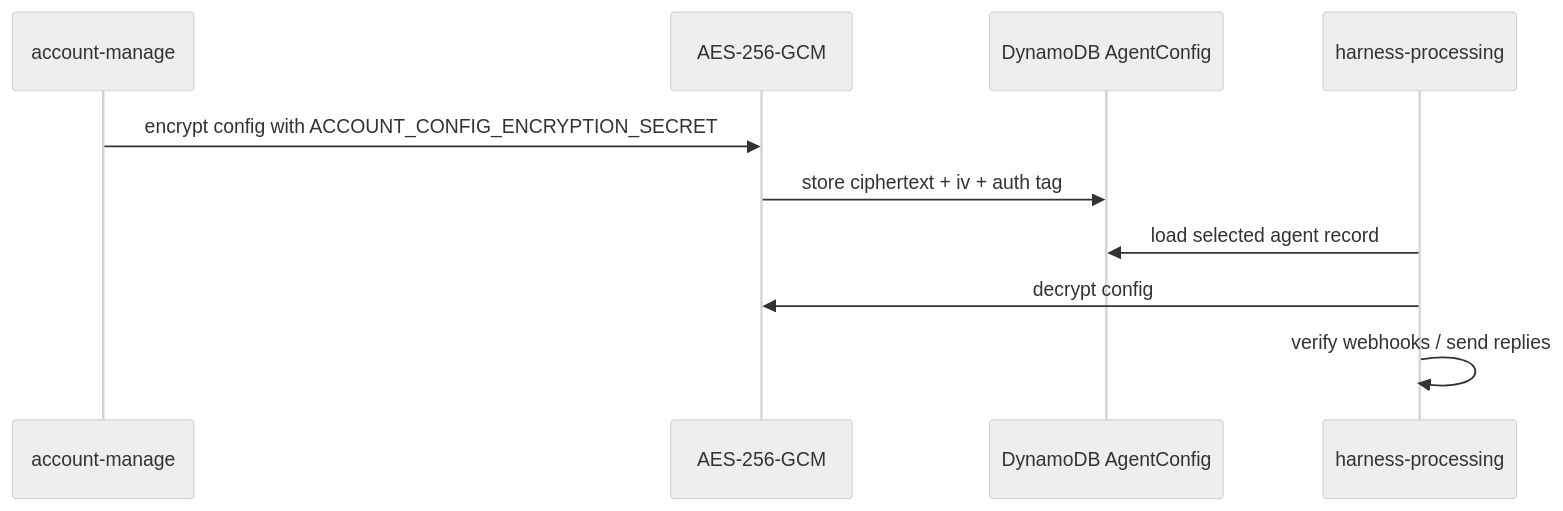
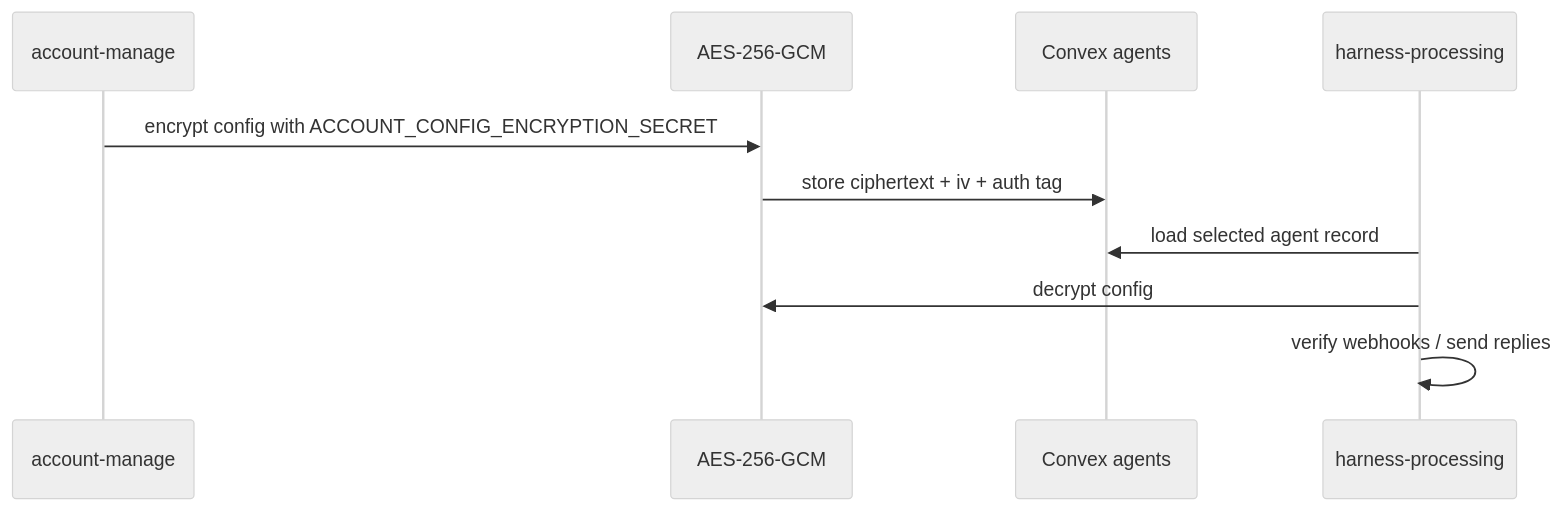
Before and after one commit to beeblastco/broods: the second of 2 diagrams in apps/docs/docs/data-security.md, drawn with Mermaid (neutral theme). The commit also changed other lines of this file and 77 other files, not shown here.

````diff
--- a/apps/docs/docs/data-security.md
+++ b/apps/docs/docs/data-security.md
@@ -36,13 +36,13 @@
 ```mermaid
 sequenceDiagram
   participant API as account-manage
   participant Crypto as AES-256-GCM
-  participant DDB as DynamoDB AgentConfig
+  participant CVX as Convex agents
   participant Harness as harness-processing
 
   API->>Crypto: encrypt config with ACCOUNT_CONFIG_ENCRYPTION_SECRET
-  Crypto->>DDB: store ciphertext + iv + auth tag
-  Harness->>DDB: load selected agent record
+  Crypto->>CVX: store ciphertext + iv + auth tag
+  Harness->>CVX: load selected agent record
   Harness->>Crypto: decrypt config
   Harness->>Harness: verify webhooks / send replies
 ```
````
